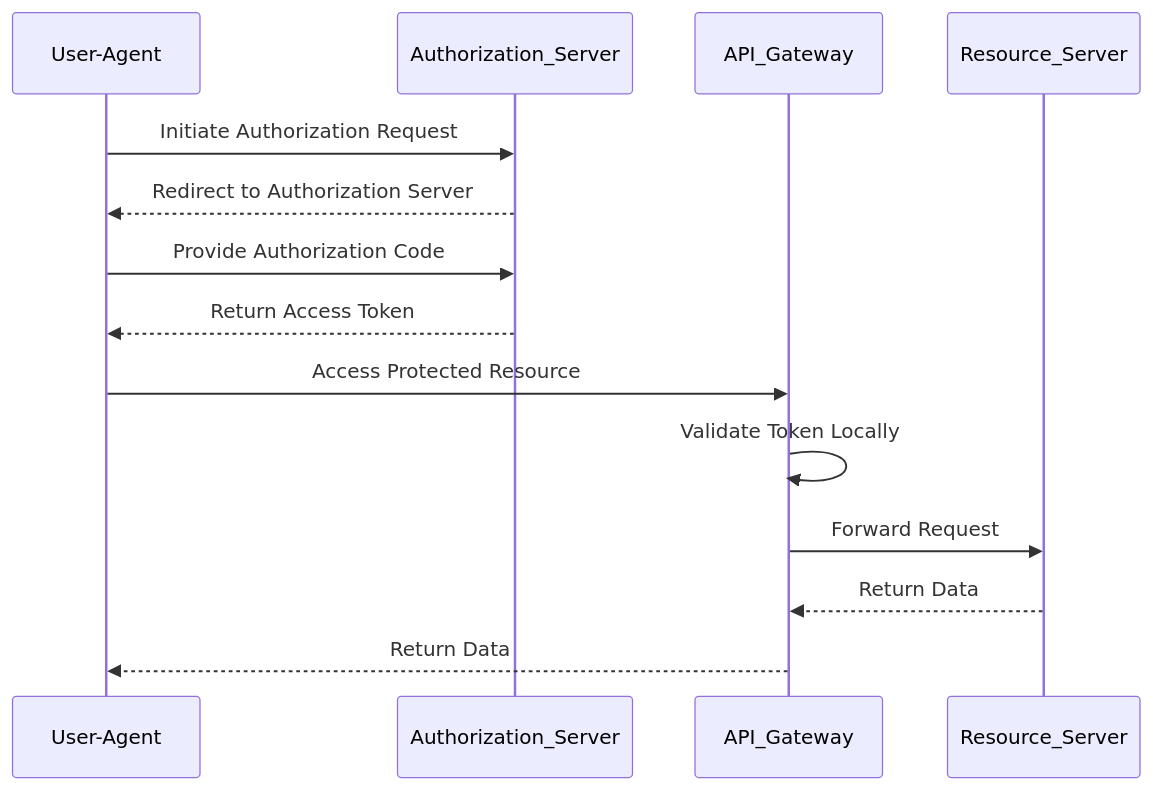
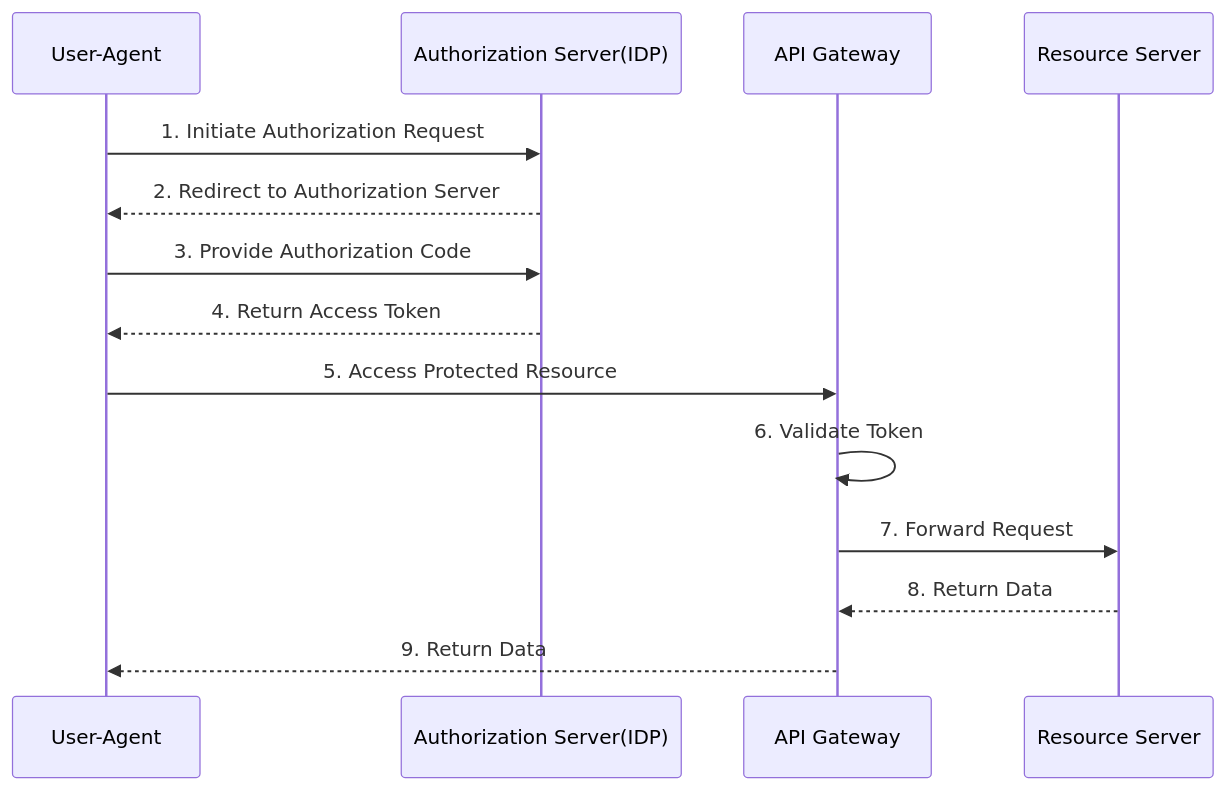
The first of 2 diagrams in Authentication.md (sunilchandra007/my-api-playground), drawn with Mermaid before and after one commit. The commit also changed other lines of this file, not shown here.

````diff
--- a/Authentication.md
+++ b/Authentication.md
@@ -39,17 +10,18 @@
 ```mermaid
 sequenceDiagram
-    participant User-Agent
-    participant Authorization_Server
-    participant API_Gateway
-    participant Resource_Server
+    participant UA as User-Agent
+    participant AR as Authorization Server(IDP)
+    participant AG as API Gateway
+    participant RS as Resource Server
 
-    User-Agent ->> Authorization_Server: Initiate Authorization Request
-    Authorization_Server -->> User-Agent: Redirect to Authorization Server
-    User-Agent ->> Authorization_Server: Provide Authorization Code
-    Authorization_Server -->> User-Agent: Return Access Token
-    User-Agent ->> API_Gateway: Access Protected Resource
-    API_Gateway ->> API_Gateway: Validate Token Locally
-    API_Gateway ->> Resource_Server: Forward Request
-    Resource_Server -->> API_Gateway: Return Data
-    API_Gateway -->> User-Agent: Return Data
+    UA->>AR: 1. Initiate Authorization Request
+    AR-->>UA: 2. Redirect to Authorization Server
+    UA->>AR: 3. Provide Authorization Code
+    AR-->>UA: 4. Return Access Token
+
+    UA->>AG: 5. Access Protected Resource
+    AG->>AG: 6. Validate Token
+    AG->>RS: 7. Forward Request
+    RS-->>AG: 8. Return Data
+    AG-->>UA: 9. Return Data
 ```
````
